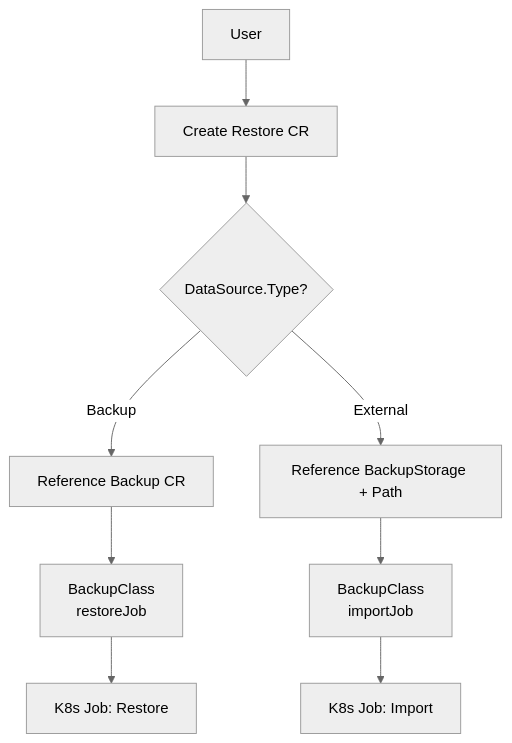
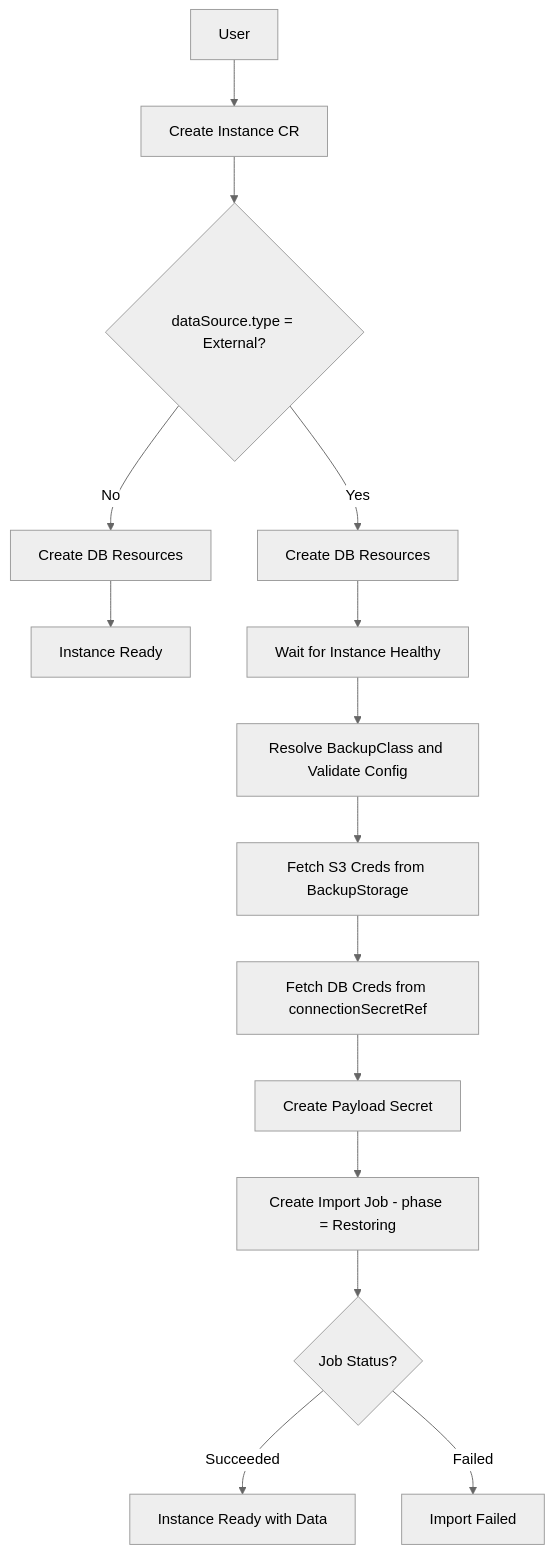
Before and after one commit to openeverest/specs: the diagram in specs/010-database-import.md, drawn with Mermaid (neutral theme). The commit also changed other lines of this file, not shown here.

````diff
--- a/specs/010-database-import.md
+++ b/specs/010-database-import.md
@@ -58,11 +58,17 @@
 ```mermaid
 graph TD
-    User[User] --> Restore[Create Restore CR]
-    Restore --> DataSource{DataSource.Type?}
-    DataSource -->|Backup| ExistingBackup[Reference Backup CR]
-    DataSource -->|External| ExternalSource[Reference BackupStorage + Path]
-    ExistingBackup --> BackupClass1[BackupClass<br/>restoreJob]
-    ExternalSource --> BackupClass2[BackupClass<br/>importJob]
-    BackupClass1 --> Job1[K8s Job: Restore]
-    BackupClass2 --> Job2[K8s Job: Import]
+    User[User] --> Instance[Create Instance CR]
+    Instance --> Check{dataSource.type = External?}
+    Check -->|No| CreateDB[Create DB Resources]
+    Check -->|Yes| CreateDBImport[Create DB Resources]
+    CreateDB --> EmptyReady[Instance Ready]
+    CreateDBImport --> WaitHealthy[Wait for Instance Healthy]
+    WaitHealthy --> ResolveBC[Resolve BackupClass and Validate Config]
+    ResolveBC --> FetchS3[Fetch S3 Creds from BackupStorage]
+    FetchS3 --> FetchDB[Fetch DB Creds from connectionSecretRef]
+    FetchDB --> PayloadSecret[Create Payload Secret]
+    PayloadSecret --> CreateJob[Create Import Job - phase = Restoring]
+    CreateJob --> JobDone{Job Status?}
+    JobDone -->|Succeeded| DataReady[Instance Ready with Data]
+    JobDone -->|Failed| ImportFailed[Import Failed]
 ```
````
